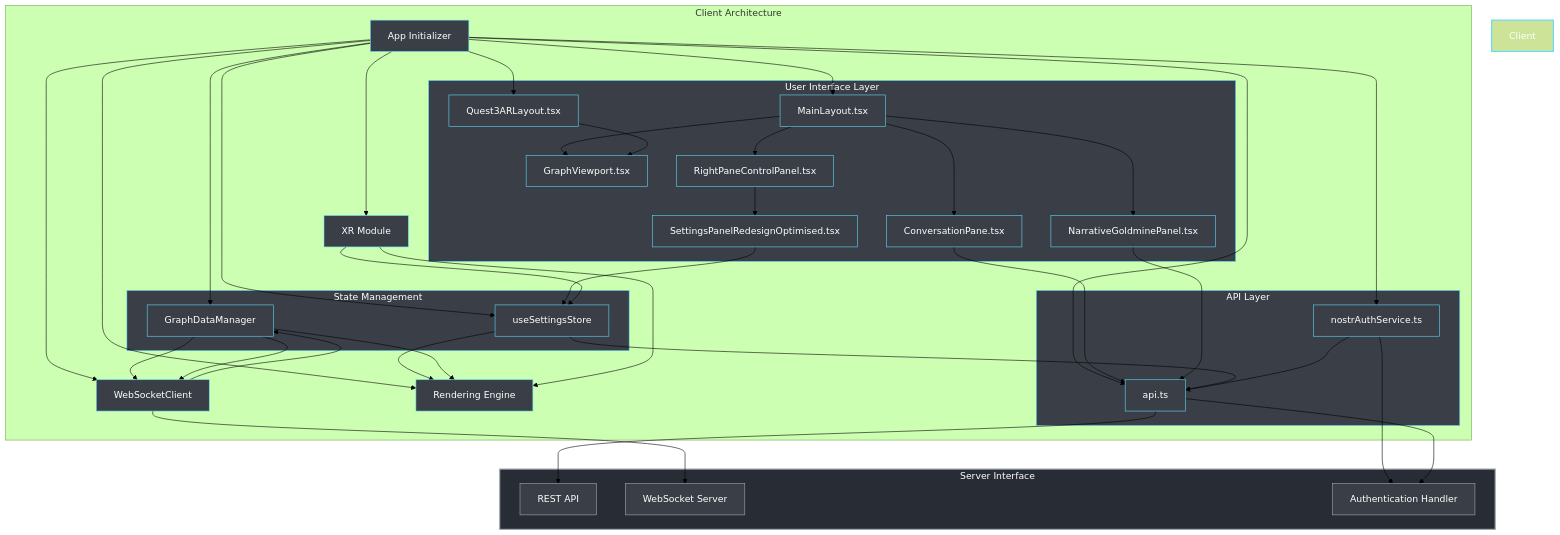
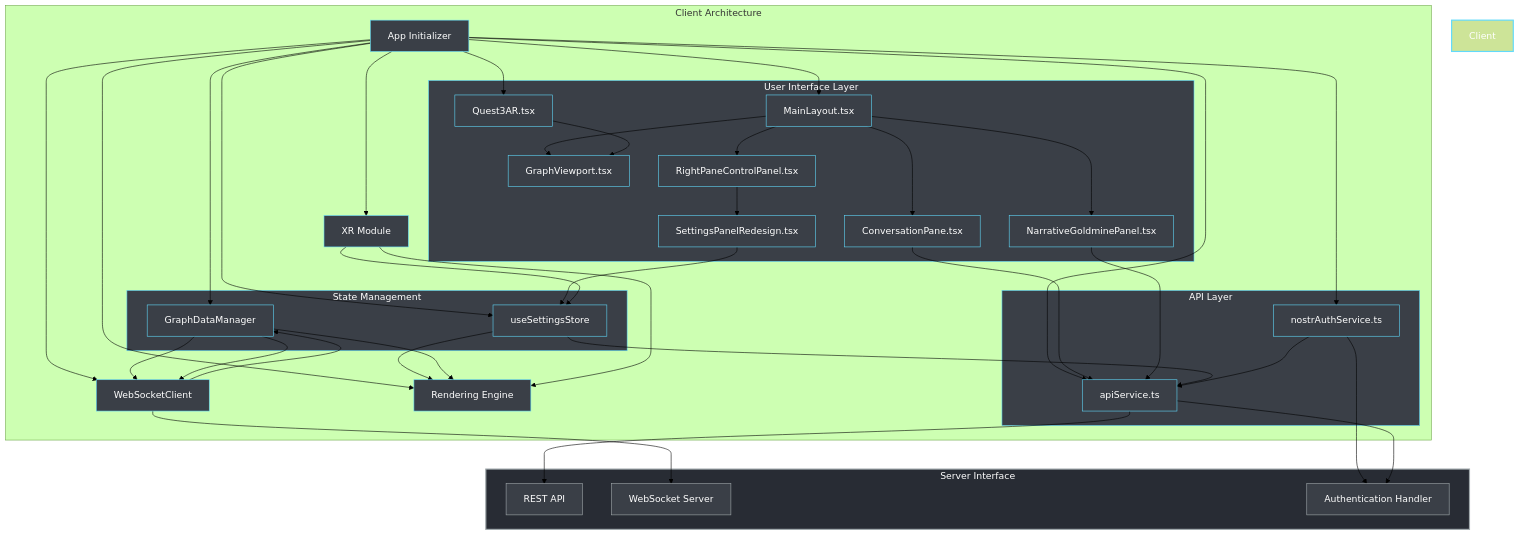
One commit to DreamLab-AI/VisionFlow changed the first of 3 diagrams in docs/client/architecture.md. Above: the diagram before and after it, drawn with Mermaid (forest theme). The commit also changed other lines of this file and 69 other files, not shown here.

```diff
--- a/docs/client/architecture.md
+++ b/docs/client/architecture.md
@@ -13,10 +13,10 @@
 
         subgraph UILayer [User Interface Layer]
             MainLayout[MainLayout.tsx]
-            Quest3ARLayout[Quest3ARLayout.tsx]
+            Quest3AR[Quest3AR.tsx]
             GraphViewportUI[GraphViewport.tsx]
             RightPaneControlPanel[RightPaneControlPanel.tsx]
-            SettingsPanelRedesignOptimised[SettingsPanelRedesignOptimised.tsx]
+            SettingsPanelRedesign[SettingsPanelRedesign.tsx]
             ConversationPane[ConversationPane.tsx]
             NarrativeGoldminePanel[NarrativeGoldminePanel.tsx]
         end
@@ -28,7 +28,7 @@
 
         subgraph APILayer [API Layer]
             NostrAuthService[nostrAuthService.ts]
-            APIService[api.ts]
+            APIService[apiService.ts]
         end
 
         Rendering["Rendering Engine"]
@@ -36,7 +36,7 @@
         XRModule["XR Module"]
 
         AppInitializer --> MainLayout
-        AppInitializer --> Quest3ARLayout
+        AppInitializer --> Quest3AR
         AppInitializer --> SettingsStore
         AppInitializer --> GraphDataManager
         AppInitializer --> NostrAuthService
@@ -49,10 +49,10 @@
         MainLayout --> RightPaneControlPanel
         MainLayout --> ConversationPane
         MainLayout --> NarrativeGoldminePanel
-        Quest3ARLayout --> GraphViewportUI
-        RightPaneControlPanel --> SettingsPanelRedesignOptimised
+        Quest3AR --> GraphViewportUI
+        RightPaneControlPanel --> SettingsPanelRedesign
 
-        SettingsPanelRedesignOptimised --> SettingsStore
+        SettingsPanelRedesign --> SettingsStore
         ConversationPane --> APIService
         NarrativeGoldminePanel --> APIService
 
@@ -86,10 +86,10 @@
     style APILayer fill:#3A3F47,stroke:#61DAFB,color:#FFFFFF
     style AppInitializer fill:#3A3F47,stroke:#61DAFB,color:#FFFFFF
     style MainLayout fill:#3A3F47,stroke:#61DAFB,color:#FFFFFF
-    style Quest3ARLayout fill:#3A3F47,stroke:#61DAFB,color:#FFFFFF
+    style Quest3AR fill:#3A3F47,stroke:#61DAFB,color:#FFFFFF
     style GraphViewportUI fill:#3A3F47,stroke:#61DAFB,color:#FFFFFF
     style RightPaneControlPanel fill:#3A3F47,stroke:#61DAFB,color:#FFFFFF
-    style SettingsPanelRedesignOptimised fill:#3A3F47,stroke:#61DAFB,color:#FFFFFF
+    style SettingsPanelRedesign fill:#3A3F47,stroke:#61DAFB,color:#FFFFFF
     style ConversationPane fill:#3A3F47,stroke:#61DAFB,color:#FFFFFF
     style NarrativeGoldminePanel fill:#3A3F47,stroke:#61DAFB,color:#FFFFFF
     style SettingsStore fill:#3A3F47,stroke:#61DAFB,color:#FFFFFF
```
